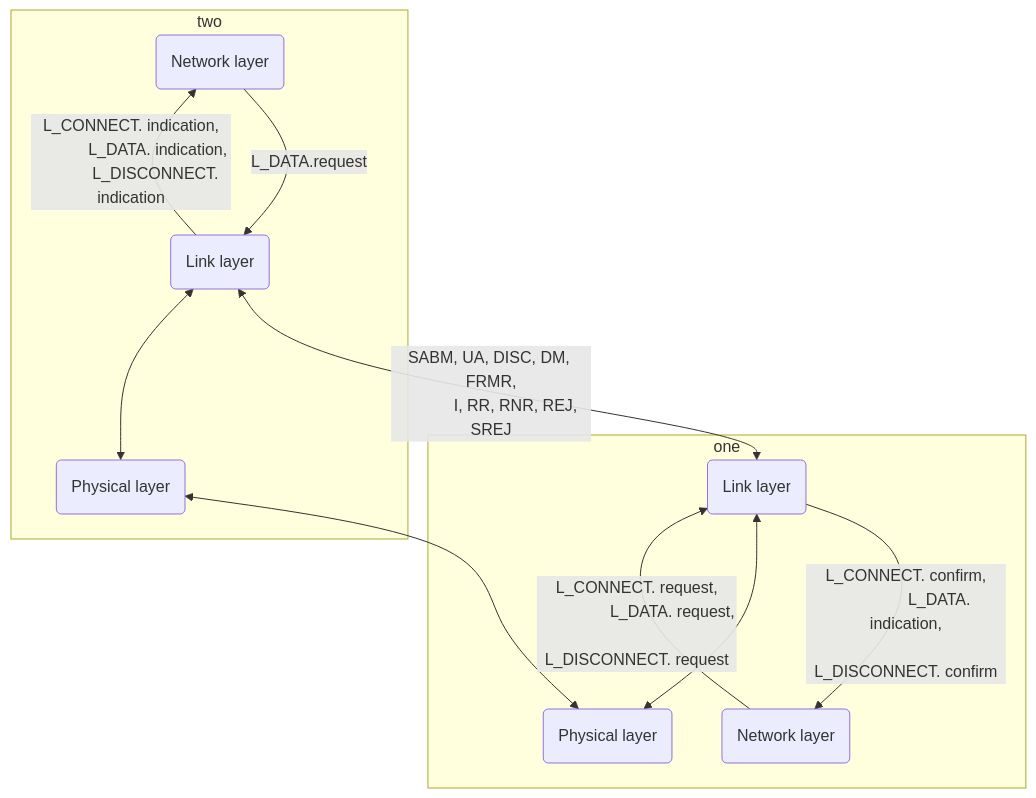
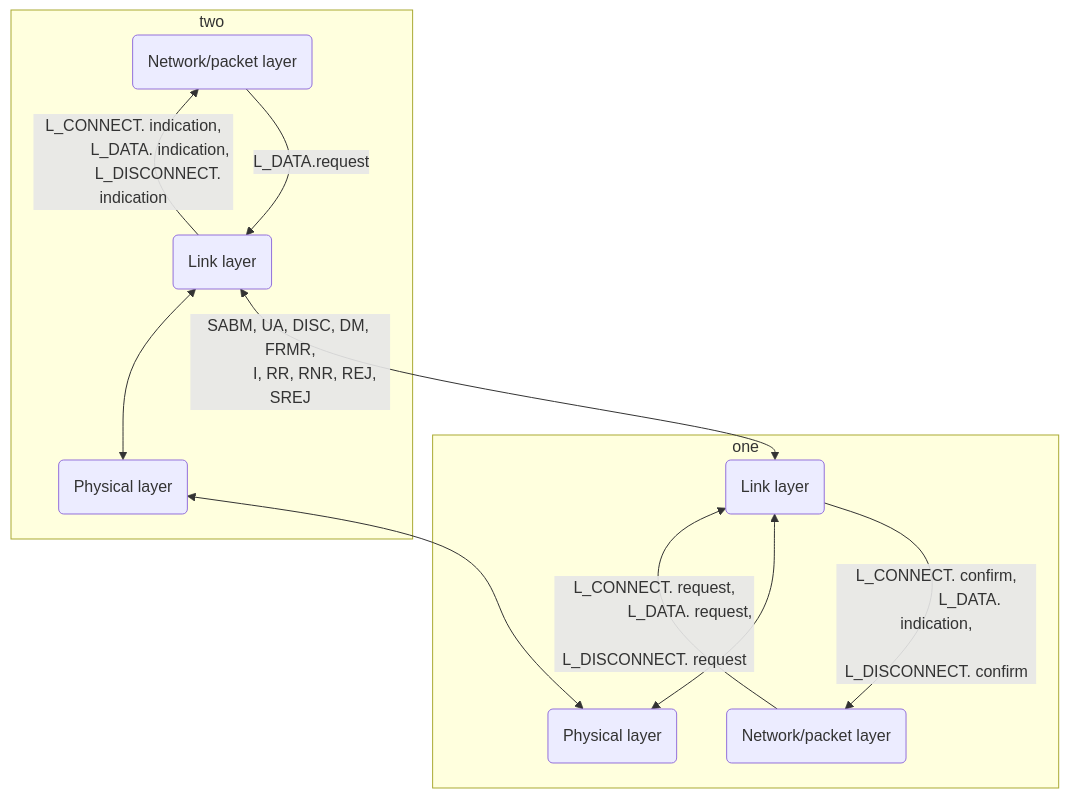
One commit to erinknowles0501/notes changed the second of 2 diagrams in notes/Data Communications, Computer Networks, and Open Systems (book)/Chapter 8 - Wide Area Networks.md. Above: the diagram before and after it, drawn with Mermaid. The commit also changed other lines of this file and 4 other files, not shown here.

````diff
--- a/notes/Data Communications, Computer Networks, and Open Systems (book)/Chapter 8 - Wide Area Networks.md
+++ b/notes/Data Communications, Computer Networks, and Open Systems (book)/Chapter 8 - Wide Area Networks.md
@@ -59,29 +98,29 @@
 ```mermaid
 flowchart BT
     subgraph one
-	    N1(Network layer) --> |"`L_CONNECT. request,
+	    N1(Network/packet layer) --> |"`L_CONNECT. request,
 	        L_DATA. request,
 	        L_DISCONNECT. request`"| L1(Link layer)
 	
 	    L1 --> |"`L_CONNECT. confirm,
 	        L_DATA. indication,
 	        L_DISCONNECT. confirm`"| N1
 	
 	    P1(Physical layer) <--> L1
     end
 
     subgraph two
-	    N2(Network layer) --> |"`L_DATA.request`"| L2(Link layer)
+	    N2(Network/packet layer) --> |"`L_DATA.request`"| L2(Link layer)
 	
 	    L2 --> |"`L_CONNECT. indication,
 	    L_DATA. indication,
 	    L_DISCONNECT. indication`"| N2
 	
 	    P2(Physical layer) <--> L2
     end
 
     L1 <--> |"`SABM, UA, DISC, DM, FRMR,
 	    I, RR, RNR, REJ, SREJ`"| L2
 
     P1 <--> P2
 ```
````
